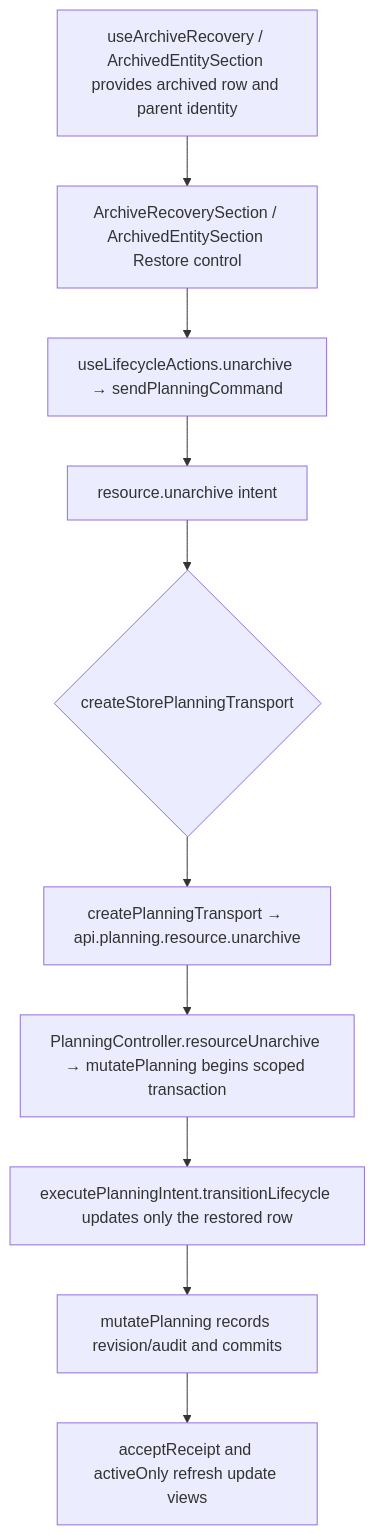
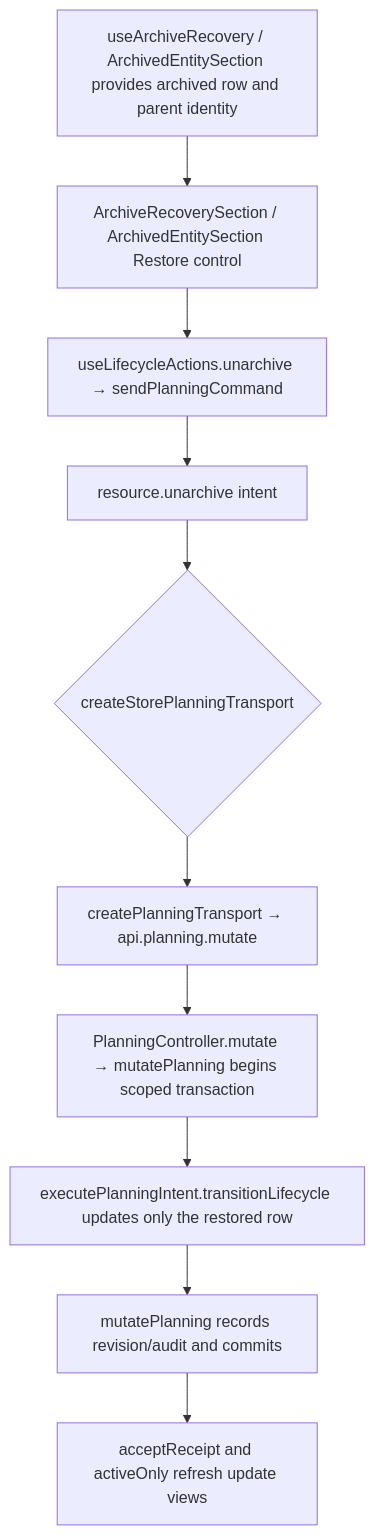
One commit to Kevinjohn/capacitylens changed the second of 2 diagrams in user-stories/resources/US-RES-13-restore-resource.md. Above: the diagram before and after it, drawn with Mermaid. The commit also changed 115 other files, not shown here.

````diff
--- a/user-stories/resources/US-RES-13-restore-resource.md
+++ b/user-stories/resources/US-RES-13-restore-resource.md
@@ -28,8 +28,8 @@
 ```mermaid
 flowchart TD
   A["useArchiveRecovery / ArchivedEntitySection provides archived row and parent identity"] --> B["ArchiveRecoverySection / ArchivedEntitySection Restore control"]
   B --> C["useLifecycleActions.unarchive → sendPlanningCommand"] --> D["resource.unarchive intent"]
   D --> E{"createStorePlanningTransport"}
-  E --> F["createPlanningTransport → api.planning.resource.unarchive"] --> G["PlanningController.resourceUnarchive → mutatePlanning begins scoped transaction"]
+  E --> F["createPlanningTransport → api.planning.mutate"] --> G["PlanningController.mutate → mutatePlanning begins scoped transaction"]
   G --> H["executePlanningIntent.transitionLifecycle updates only the restored row"] --> K["mutatePlanning records revision/audit and commits"] --> J["acceptReceipt and activeOnly refresh update views"]
 ```
````
